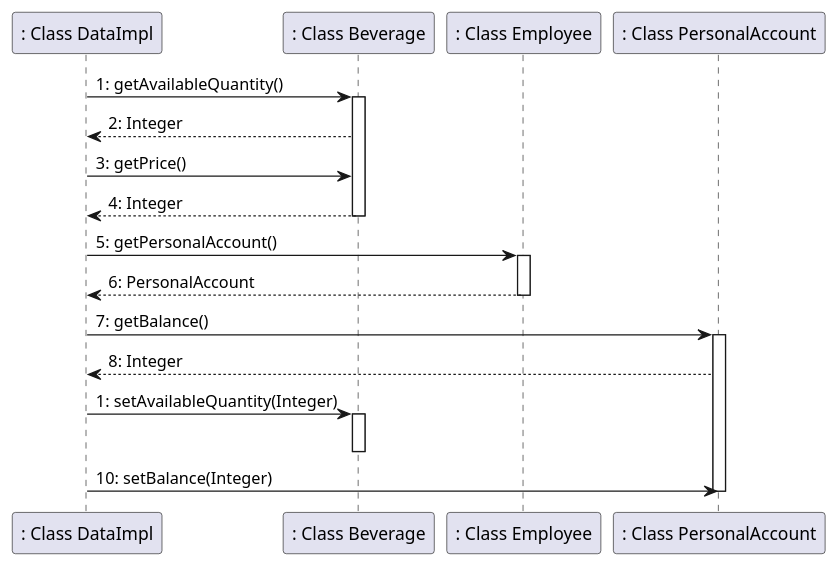
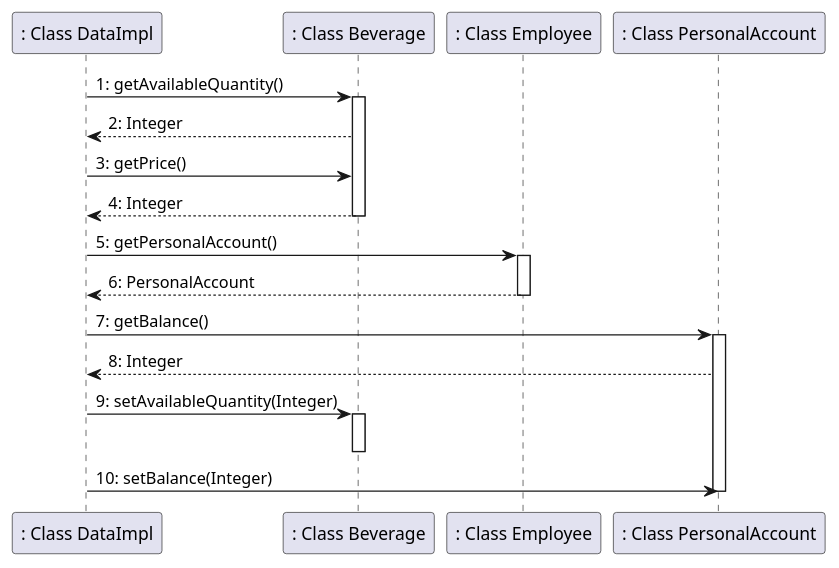
The sixth of 7 diagrams in templates/DesignDocumentTemplate.md (salvatore-dimartino/LaTazza), drawn with PlantUML before and after one commit.

````diff
--- a/templates/DesignDocumentTemplate.md
+++ b/templates/DesignDocumentTemplate.md
@@ -445,20 +445,20 @@
 ```plantuml
 ": Class DataImpl" -> ": Class Beverage": 1: getAvailableQuantity()
 activate ": Class Beverage"
 ": Class Beverage" --> ": Class DataImpl": 2: Integer
 ": Class DataImpl" -> ": Class Beverage": 3: getPrice()
 ": Class Beverage" --> ": Class DataImpl": 4: Integer
 deactivate ": Class Beverage"
 ": Class DataImpl" -> ": Class Employee": 5: getPersonalAccount()
 activate ": Class Employee"
 ": Class Employee" --> ": Class DataImpl": 6: PersonalAccount
 deactivate ": Class Employee"
 ": Class DataImpl" -> ": Class PersonalAccount": 7: getBalance()
 activate ": Class PersonalAccount"
 ": Class PersonalAccount" --> ": Class DataImpl": 8: Integer
-": Class DataImpl" -> ": Class Beverage": 1: setAvailableQuantity(Integer)
+": Class DataImpl" -> ": Class Beverage": 9: setAvailableQuantity(Integer)
 activate ": Class Beverage"
 deactivate ": Class Beverage"
 ": Class DataImpl" -> ": Class PersonalAccount": 10: setBalance(Integer)
 deactivate ": Class PersonalAccount"
 ```
````
